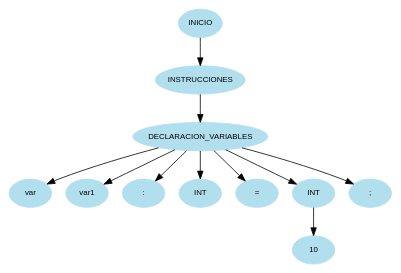
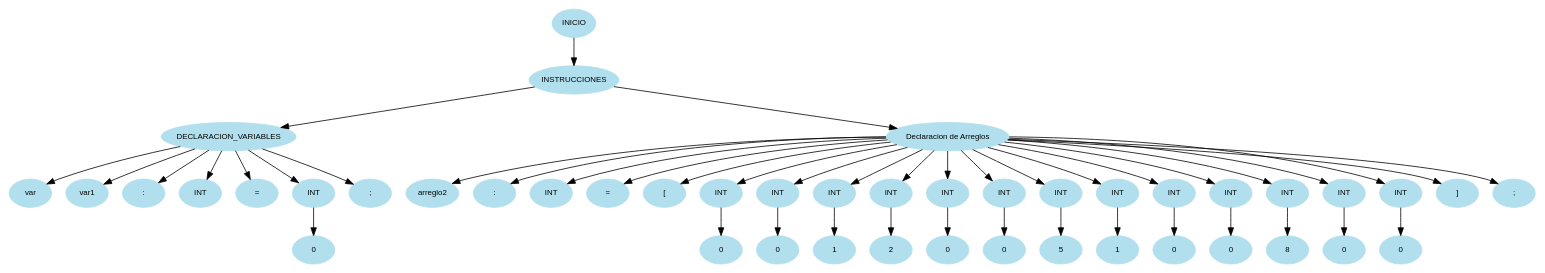
One commit to MMP119/OLC1_JavaCraft changed the diagram in Fase_1/Reports/arbolAST.dot. Above: the diagram before and after it, drawn with Graphviz. The commit also changed 45 other files, not shown here.

```diff
--- a/Fase_1/Reports/arbolAST.dot
+++ b/Fase_1/Reports/arbolAST.dot
@@ -1,25 +1,93 @@
 digraph arbolAST{
 node [shape=oval, style=filled, color=lightblue2, fontname=Helvetica, fontsize=10];
 edge [fontname=Helvetica, fontsize=10];
 n0[label="INICIO"];
 n1[label="INSTRUCCIONES"];
 n0 -> n1;
 n2[label="DECLARACION_VARIABLES"];
 n1 -> n2;
 n3[label="var"];
 n2 -> n3;
 n4[label="var1"];
 n2 -> n4;
 n5[label=":"];
 n2 -> n5;
 n6[label="INT"];
 n2 -> n6;
 n7[label="="];
 n2 -> n7;
 n8[label="INT"];
 n2 -> n8;
-n9[label="10"];
+n9[label="0"];
 n8 -> n9;
 n10[label=";"];
 n2 -> n10;
+n11[label="Declaracion de Arreglos"];
+n1 -> n11;
+n12[label="arreglo2"];
+n11 -> n12;
+n13[label=":"];
+n11 -> n13;
+n14[label="INT"];
+n11 -> n14;
+n15[label="="];
+n11 -> n15;
+n16[label="["];
+n11 -> n16;
+n17[label="INT"];
+n11 -> n17;
+n18[label="0"];
+n17 -> n18;
+n19[label="INT"];
+n11 -> n19;
+n20[label="0"];
+n19 -> n20;
+n21[label="INT"];
+n11 -> n21;
+n22[label="1"];
+n21 -> n22;
+n23[label="INT"];
+n11 -> n23;
+n24[label="2"];
+n23 -> n24;
+n25[label="INT"];
+n11 -> n25;
+n26[label="0"];
+n25 -> n26;
+n27[label="INT"];
+n11 -> n27;
+n28[label="0"];
+n27 -> n28;
+n29[label="INT"];
+n11 -> n29;
+n30[label="5"];
+n29 -> n30;
+n31[label="INT"];
+n11 -> n31;
+n32[label="1"];
+n31 -> n32;
+n33[label="INT"];
+n11 -> n33;
+n34[label="0"];
+n33 -> n34;
+n35[label="INT"];
+n11 -> n35;
+n36[label="0"];
+n35 -> n36;
+n37[label="INT"];
+n11 -> n37;
+n38[label="8"];
+n37 -> n38;
+n39[label="INT"];
+n11 -> n39;
+n40[label="0"];
+n39 -> n40;
+n41[label="INT"];
+n11 -> n41;
+n42[label="0"];
+n41 -> n42;
+n43[label="]"];
+n11 -> n43;
+n44[label=";"];
+n11 -> n44;
 }
```
